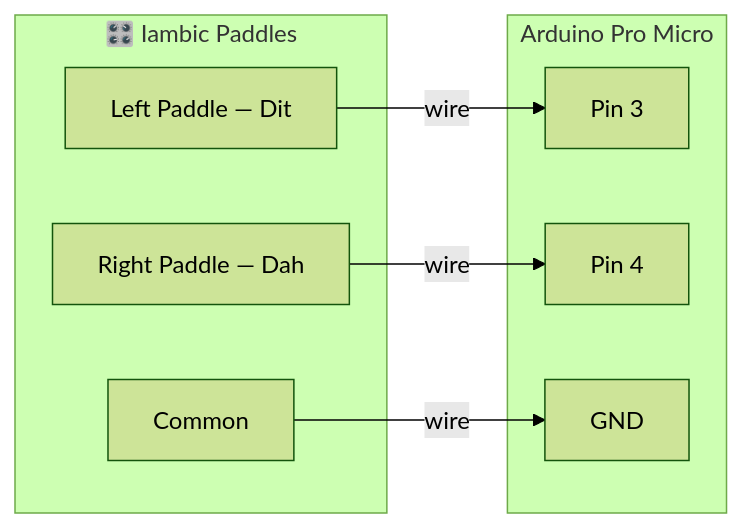
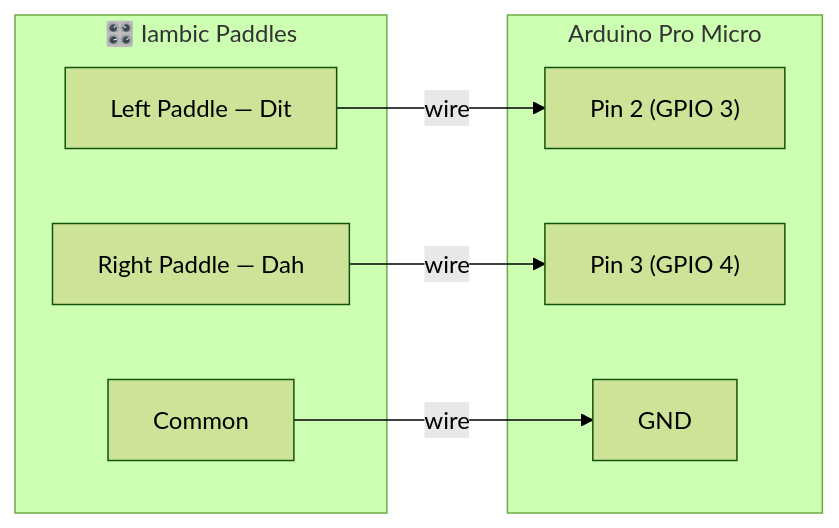
One commit to 5B4AON/mcs changed the fourth of 5 diagrams in arduino/README.md. Above: the diagram before and after it, drawn with Mermaid (forest theme). The commit also changed other lines of this file and 41 other files, not shown here.

````diff
--- a/arduino/README.md
+++ b/arduino/README.md
@@ -156,18 +200,18 @@
 ```mermaid
 flowchart LR
     subgraph paddles["🎛️ Iambic Paddles"]
         LP["Left Paddle — Dit"]
         RP["Right Paddle — Dah"]
         COM["Common"]
     end
 
     subgraph board["Arduino Pro Micro"]
-        P3["Pin 3"]
-        P4["Pin 4"]
+        P3["Pin 2 (GPIO 3)"]
+        P4["Pin 3 (GPIO 4)"]
         GND["GND"]
     end
 
     LP -- "wire" --> P3
     RP -- "wire" --> P4
     COM -- "wire" --> GND
 ```
````
